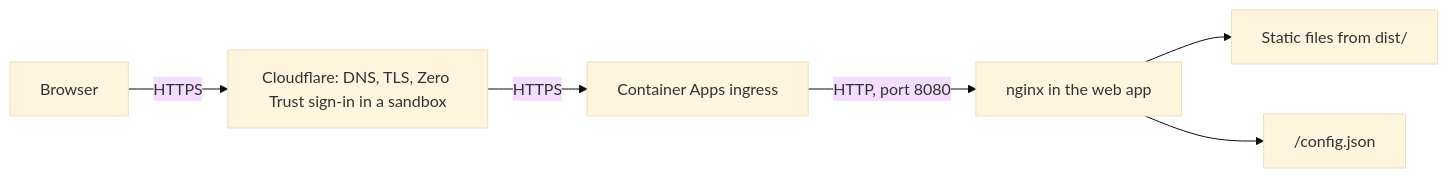
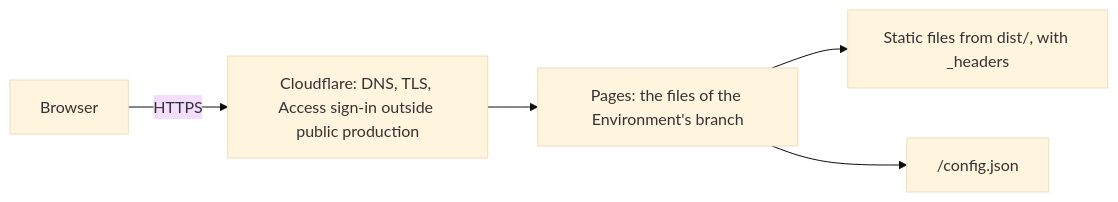
The diagram in docs/architecture.md (TrislabCompany/trislab-website-corporate-site), drawn with Mermaid (base theme) before and after one commit. The commit also changed other lines of this file and 47 other files, not shown here.

Commit message:
Move the site to Cloudflare Pages (#13)

````diff
--- a/docs/architecture.md
+++ b/docs/architecture.md
@@ -16,8 +16,7 @@
 ```mermaid
 flowchart LR
-  B["Browser"] -->|"HTTPS"| CF["Cloudflare: DNS, TLS, Zero Trust sign-in in a sandbox"]
-  CF -->|"HTTPS"| ACA["Container Apps ingress"]
-  ACA -->|"HTTP, port 8080"| N["nginx in the web app"]
-  N --> F["Static files from dist/"]
-  N --> C["/config.json"]
+  B["Browser"] -->|"HTTPS"| CF["Cloudflare: DNS, TLS, Access sign-in outside public production"]
+  CF --> P["Pages: the files of the Environment's branch"]
+  P --> F["Static files from dist/, with _headers"]
+  P --> C["/config.json"]
 ```
````
